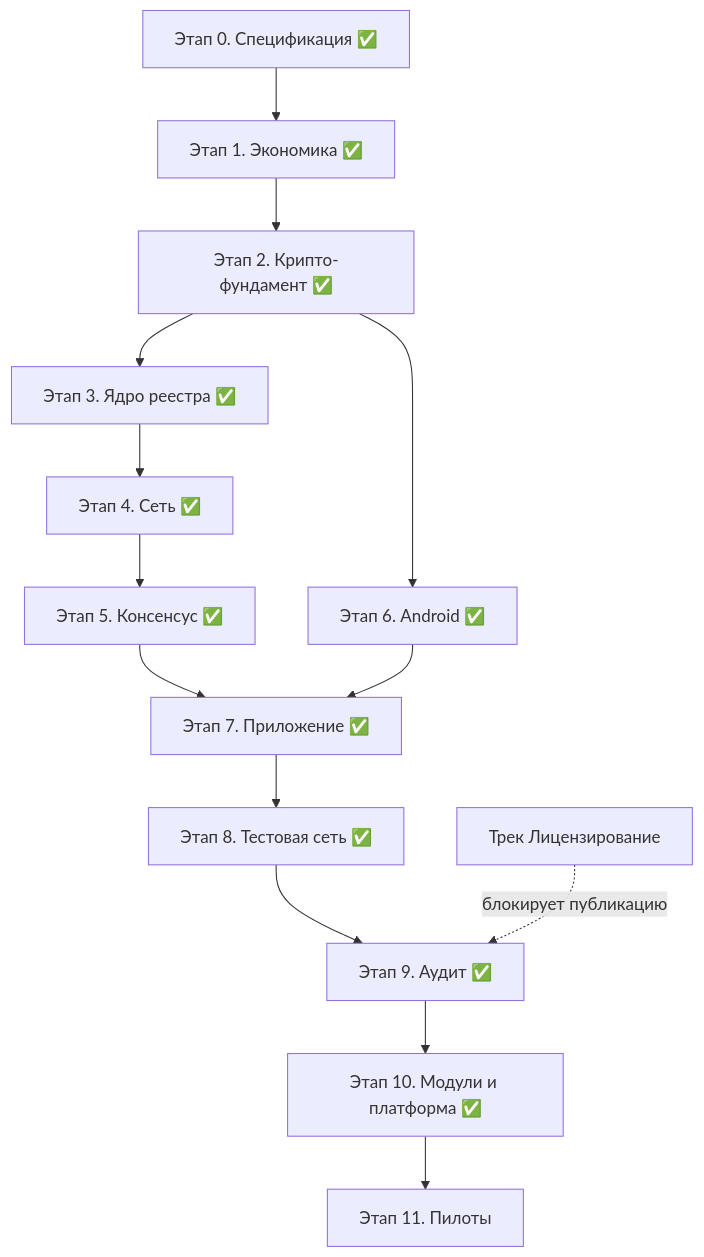
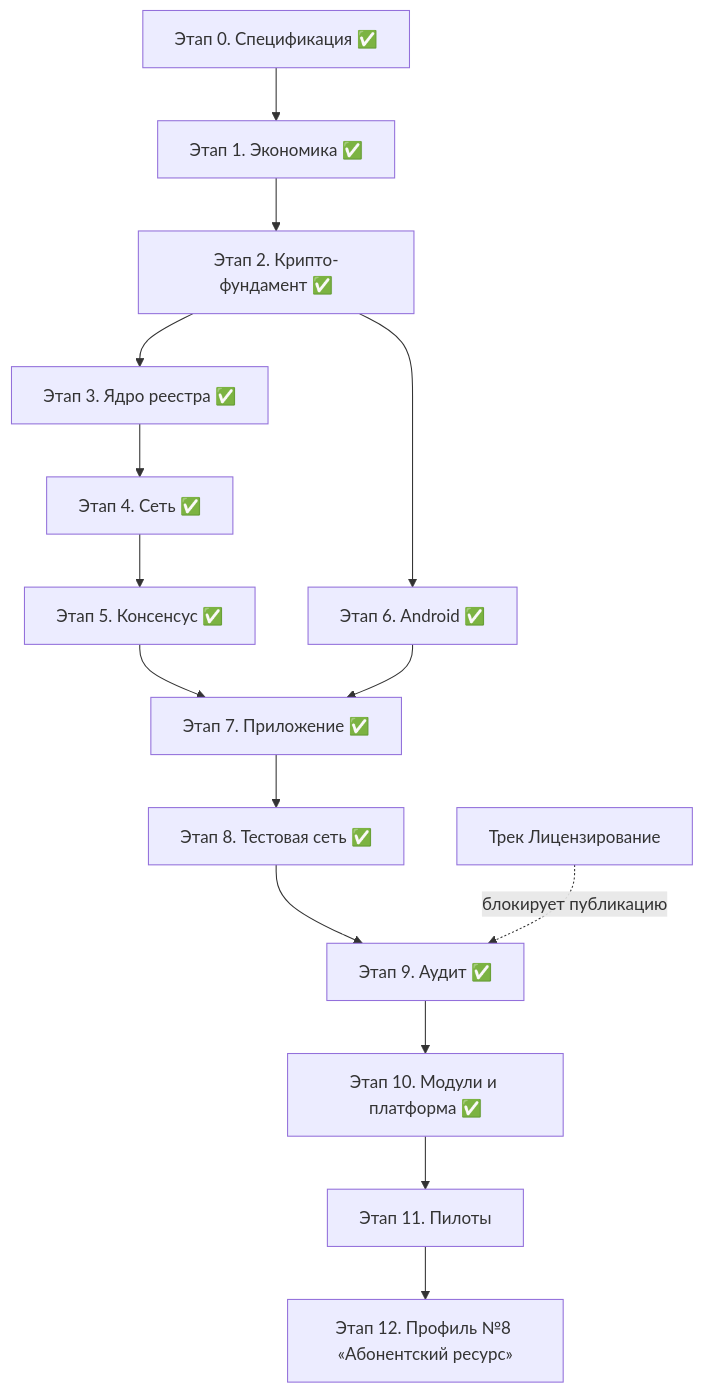
Before and after one commit to rumatakira74/equality-trust-networks: the diagram in docs/development-plan.md, drawn with Mermaid. The commit also changed other lines of this file, not shown here.

Commit message:
План: добавлен Этап 12 — профиль №8 «Абонентский ресурс» (recurring-единицы, идентификация сети; решения 27.10.2026)

````diff
--- a/docs/development-plan.md
+++ b/docs/development-plan.md
@@ -264,16 +277,17 @@
 ```mermaid
 flowchart TD
     S0["Этап 0. Спецификация ✅"] --> S1["Этап 1. Экономика ✅"]
     S1 --> S2["Этап 2. Крипто-фундамент ✅"]
     S2 --> S3["Этап 3. Ядро реестра ✅"]
     S3 --> S4["Этап 4. Сеть ✅"]
     S4 --> S5["Этап 5. Консенсус ✅"]
     S2 --> S6["Этап 6. Android ✅"]
     S5 --> S7["Этап 7. Приложение ✅"]
     S6 --> S7
     S7 --> S8["Этап 8. Тестовая сеть ✅"]
     S8 --> S9["Этап 9. Аудит ✅"]
     S9 --> S10["Этап 10. Модули и платформа ✅"]
     S10 --> S11["Этап 11. Пилоты"]
+    S11 --> S12["Этап 12. Профиль №8 «Абонентский ресурс»"]
     L["Трек Лицензирование"] -. "блокирует публикацию" .-> S9
 ```
````
